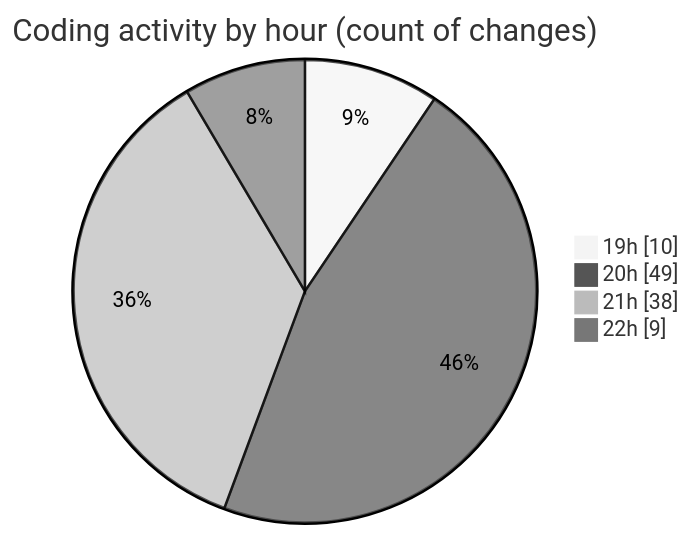
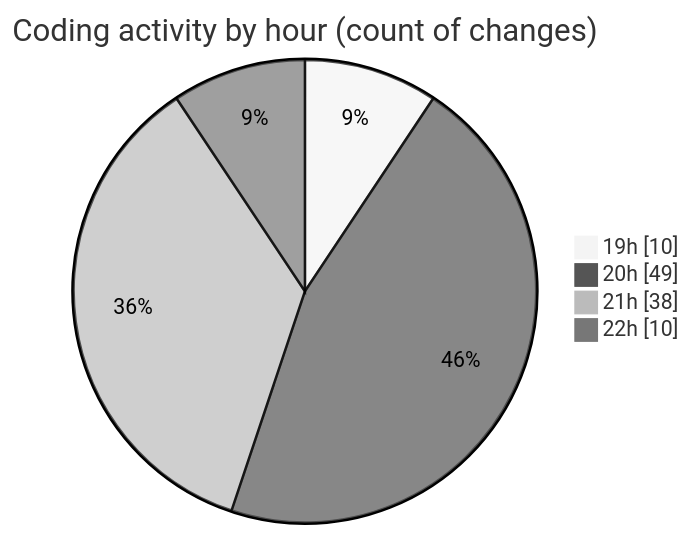
The second of 2 diagrams in 2025-01-28/trollerboard/README.md (charlie-sans/code-tracking), drawn with Mermaid (neutral theme) before and after one commit. The commit also changed other lines of this file and 1 other file, not shown here.

````diff
--- a/2025-01-28/trollerboard/README.md
+++ b/2025-01-28/trollerboard/README.md
@@ -43,8 +43,8 @@
 ```mermaid
 pie showData
 title Coding activity by hour (count of changes)
 "19h" : 10
 "20h" : 49
 "21h" : 38
-"22h" : 9
+"22h" : 10
 ```
````
